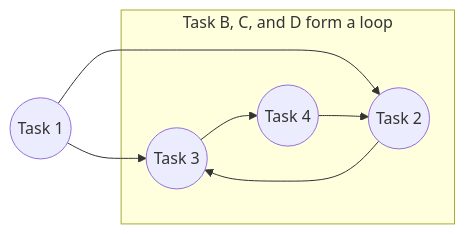
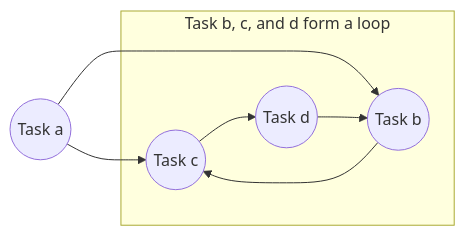
One commit to dagrs-dev/dagrs changed the second of 6 diagrams in README.md. Above: the diagram before and after it, drawn with Mermaid.

Commit message:
docs: fix mermaid graph for clarity

````diff
--- a/README.md
+++ b/README.md
@@ -30,10 +30,10 @@
   ```mermaid
   flowchart LR
   	A-->C
-  	A((Task 1))-->B
-  	subgraph "Task B, C, and D form a loop"
-  	B((Task 2))-->C
-  	C((Task 3))-->D
-  	D((Task 4))-->B
+  	A((Task a))-->B
+  	subgraph "Task b, c, and d form a loop"
+  	B((Task b))-->C
+  	C((Task c))-->D
+  	D((Task d))-->B
   	end
   ```
````
